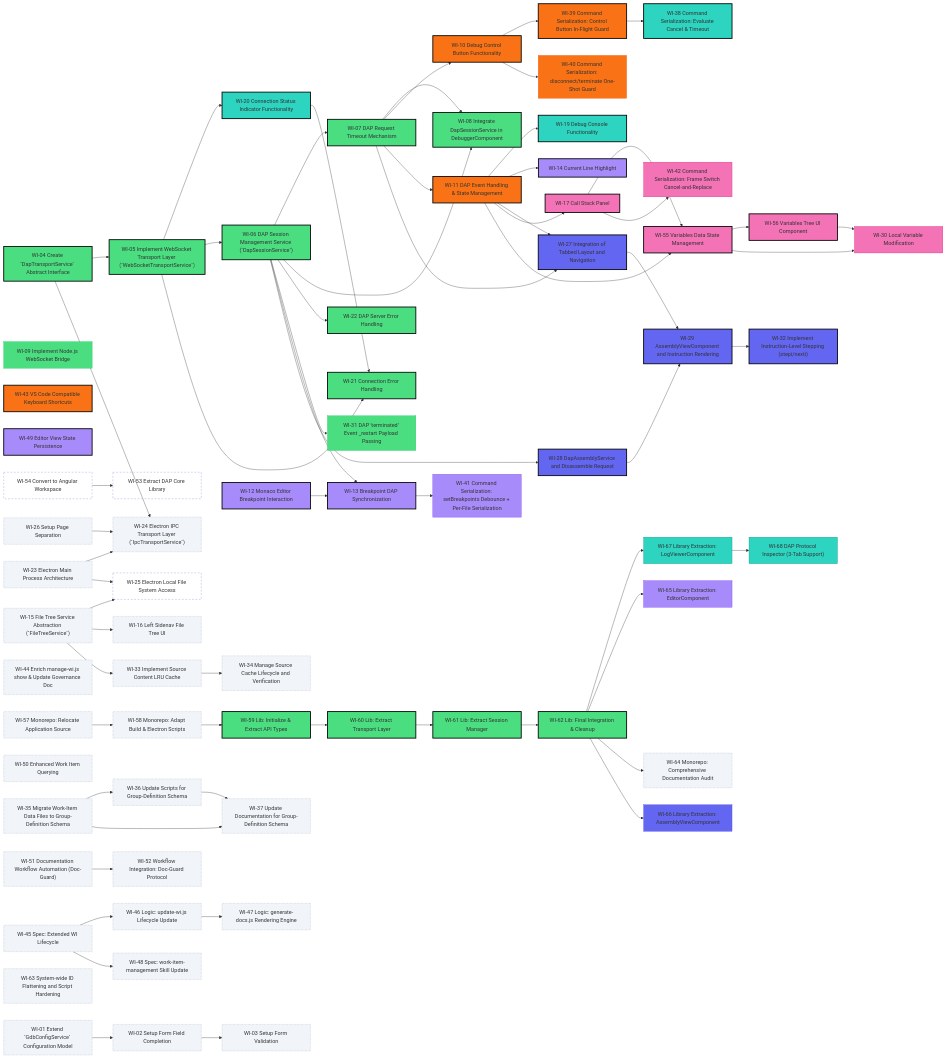
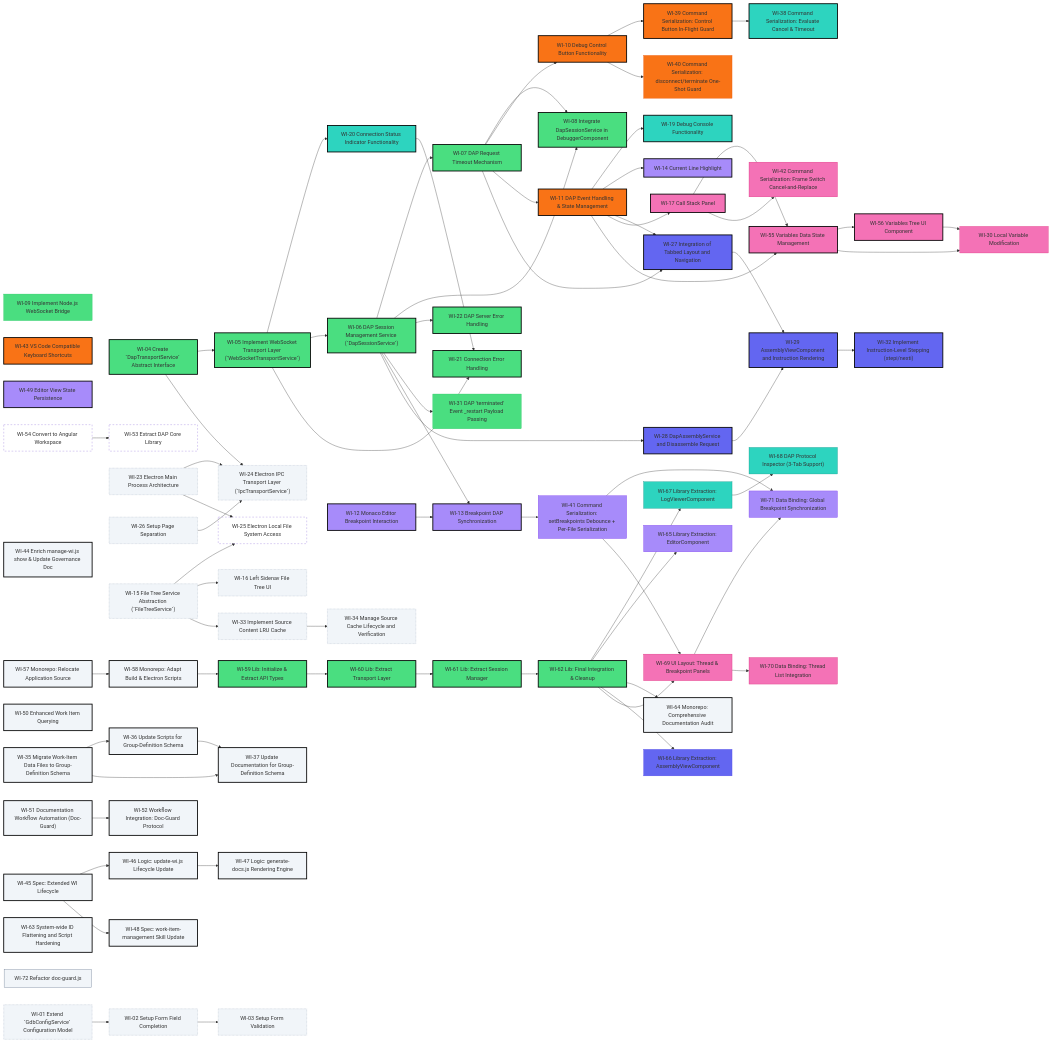
One commit to tangpo387-arch/taro-debugger changed the diagram in docs/project-roadmap.md. Above: the diagram before and after it, drawn with Mermaid. The commit also changed other lines of this file and 7 other files, not shown here.

Commit message:
feat: implement debugger thread and breakpoint panel UI and data binding specifications

````diff
--- a/docs/project-roadmap.md
+++ b/docs/project-roadmap.md
@@ -39,6 +39,7 @@
     WI_41["WI-41 Command Serialization: setBreakpoints Debounce + Per-File Serialization"]
     WI_49["WI-49 Editor View State Persistence"]
     WI_65["WI-65 Library Extraction: EditorComponent"]
+    WI_71["WI-71 Data Binding: Global Breakpoint Synchronization"]
     WI_23["WI-23 Electron Main Process Architecture"]
     WI_26["WI-26 Setup Page Separation"]
     WI_24["WI-24 Electron IPC Transport Layer (`IpcTransportService`)"]
@@ -63,6 +64,7 @@
     WI_58["WI-58 Monorepo: Adapt Build & Electron Scripts"]
     WI_63["WI-63 System-wide ID Flattening and Script Hardening"]
     WI_64["WI-64 Monorepo: Comprehensive Documentation Audit"]
+    WI_72["WI-72 Refactor doc-guard.js"]
     WI_27["WI-27 Integration of Tabbed Layout and Navigation"]
     WI_28["WI-28 DapAssemblyService and Disassemble Request"]
     WI_29["WI-29 AssemblyViewComponent and Instruction Rendering"]
@@ -76,6 +78,8 @@
     WI_56["WI-56 Variables Tree UI Component"]
     WI_30["WI-30 Local Variable Modification"]
     WI_42["WI-42 Command Serialization: Frame Switch Cancel-and-Replace"]
+    WI_69["WI-69 UI Layout: Thread & Breakpoint Panels"]
+    WI_70["WI-70 Data Binding: Thread List Integration"]
     WI_11 --> WI_19
     WI_05 --> WI_20
     WI_39 --> WI_38
@@ -104,6 +108,8 @@
     WI_11 --> WI_14
     WI_13 --> WI_41
     WI_62 --> WI_65
+    WI_69 --> WI_71
+    WI_41 --> WI_71
     WI_04 --> WI_24
     WI_23 --> WI_24
     WI_26 --> WI_24
@@ -137,6 +143,9 @@
     WI_55 --> WI_30
     WI_56 --> WI_30
     WI_17 --> WI_42
+    WI_62 --> WI_69
+    WI_41 --> WI_69
+    WI_69 --> WI_70
 
     style WI_19 fill:#2dd4bf,stroke:#000,stroke-width:2.5px
     style WI_20 fill:#2dd4bf,stroke:#000,stroke-width:2.5px
@@ -168,6 +177,7 @@
     style WI_41 fill:#a78bfa,stroke:#7c3aed
     style WI_49 fill:#a78bfa,stroke:#000,stroke-width:2.5px
     style WI_65 fill:#a78bfa,stroke:#7c3aed
+    style WI_71 fill:#a78bfa,stroke:#7c3aed
     style WI_23 fill:#f1f5f9,stroke:#94a3b8,stroke-width:1px,stroke-dasharray:2
     style WI_26 fill:#f1f5f9,stroke:#94a3b8,stroke-width:1px,stroke-dasharray:2
     style WI_24 fill:#f1f5f9,stroke:#94a3b8,stroke-width:1px,stroke-dasharray:2
@@ -176,22 +186,23 @@
     style WI_16 fill:#f1f5f9,stroke:#94a3b8,stroke-width:1px,stroke-dasharray:2
     style WI_33 fill:#f1f5f9,stroke:#94a3b8,stroke-width:1px,stroke-dasharray:2
     style WI_34 fill:#f1f5f9,stroke:#94a3b8,stroke-width:1px,stroke-dasharray:2
-    style WI_35 fill:#f1f5f9,stroke:#94a3b8,stroke-width:1px,stroke-dasharray:2
-    style WI_36 fill:#f1f5f9,stroke:#94a3b8,stroke-width:1px,stroke-dasharray:2
-    style WI_37 fill:#f1f5f9,stroke:#94a3b8,stroke-width:1px,stroke-dasharray:2
-    style WI_44 fill:#f1f5f9,stroke:#94a3b8,stroke-width:1px,stroke-dasharray:2
-    style WI_45 fill:#f1f5f9,stroke:#94a3b8,stroke-width:1px,stroke-dasharray:2
-    style WI_46 fill:#f1f5f9,stroke:#94a3b8,stroke-width:1px,stroke-dasharray:2
-    style WI_47 fill:#f1f5f9,stroke:#94a3b8,stroke-width:1px,stroke-dasharray:2
-    style WI_48 fill:#f1f5f9,stroke:#94a3b8,stroke-width:1px,stroke-dasharray:2
-    style WI_50 fill:#f1f5f9,stroke:#94a3b8,stroke-width:1px,stroke-dasharray:2
-    style WI_51 fill:#f1f5f9,stroke:#94a3b8,stroke-width:1px,stroke-dasharray:2
-    style WI_52 fill:#f1f5f9,stroke:#94a3b8,stroke-width:1px,stroke-dasharray:2
+    style WI_35 fill:#f1f5f9,stroke:#000,stroke-width:2.5px
+    style WI_36 fill:#f1f5f9,stroke:#000,stroke-width:2.5px
+    style WI_37 fill:#f1f5f9,stroke:#000,stroke-width:2.5px
+    style WI_44 fill:#f1f5f9,stroke:#000,stroke-width:2.5px
+    style WI_45 fill:#f1f5f9,stroke:#000,stroke-width:2.5px
+    style WI_46 fill:#f1f5f9,stroke:#000,stroke-width:2.5px
+    style WI_47 fill:#f1f5f9,stroke:#000,stroke-width:2.5px
+    style WI_48 fill:#f1f5f9,stroke:#000,stroke-width:2.5px
+    style WI_50 fill:#f1f5f9,stroke:#000,stroke-width:2.5px
+    style WI_51 fill:#f1f5f9,stroke:#000,stroke-width:2.5px
+    style WI_52 fill:#f1f5f9,stroke:#000,stroke-width:2.5px
     style WI_54 fill:none,stroke-dasharray:5
-    style WI_57 fill:#f1f5f9,stroke:#94a3b8,stroke-width:1px,stroke-dasharray:2
-    style WI_58 fill:#f1f5f9,stroke:#94a3b8,stroke-width:1px,stroke-dasharray:2
-    style WI_63 fill:#f1f5f9,stroke:#94a3b8,stroke-width:1px,stroke-dasharray:2
-    style WI_64 fill:#f1f5f9,stroke:#94a3b8,stroke-width:1px,stroke-dasharray:2
+    style WI_57 fill:#f1f5f9,stroke:#000,stroke-width:2.5px
+    style WI_58 fill:#f1f5f9,stroke:#000,stroke-width:2.5px
+    style WI_63 fill:#f1f5f9,stroke:#000,stroke-width:2.5px
+    style WI_64 fill:#f1f5f9,stroke:#000,stroke-width:2.5px
+    style WI_72 fill:#f1f5f9,stroke:#64748b
     style WI_27 fill:#6366f1,stroke:#000,stroke-width:2.5px
     style WI_28 fill:#6366f1,stroke:#000,stroke-width:2.5px
     style WI_29 fill:#6366f1,stroke:#000,stroke-width:2.5px
@@ -205,4 +216,6 @@
     style WI_56 fill:#f472b6,stroke:#000,stroke-width:2.5px
     style WI_30 fill:#f472b6,stroke:#db2777
     style WI_42 fill:#f472b6,stroke:#db2777
+    style WI_69 fill:#f472b6,stroke:#db2777
+    style WI_70 fill:#f472b6,stroke:#db2777
 ```
````
